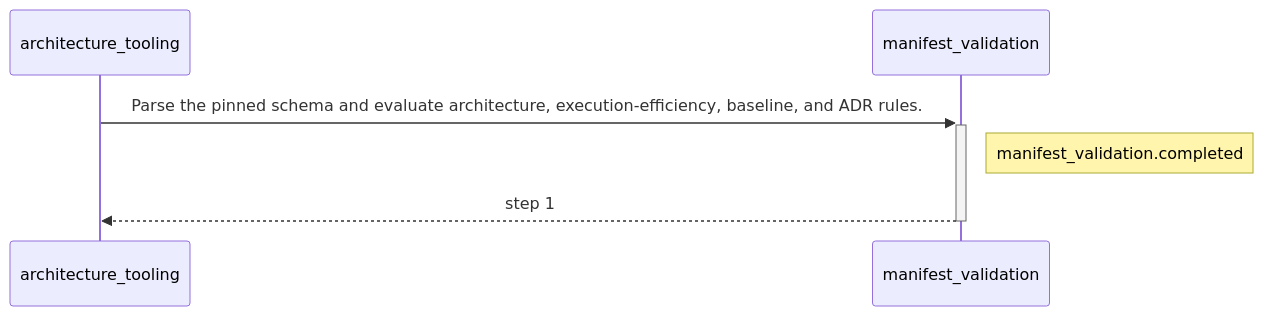
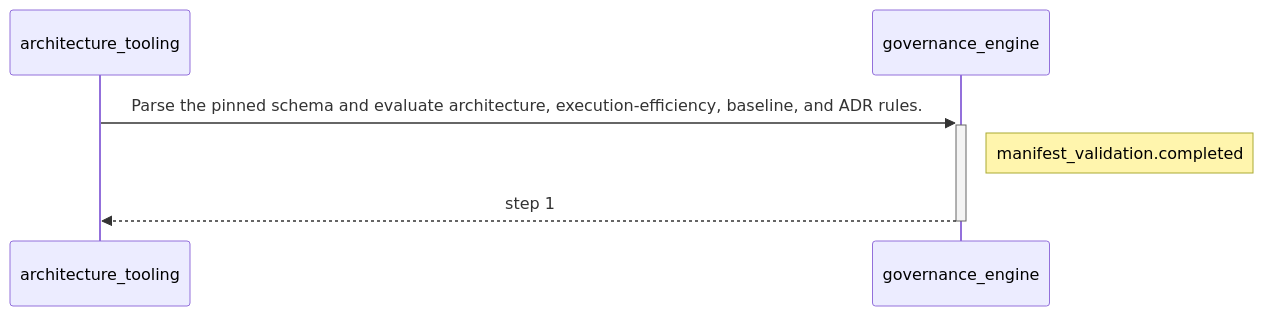
Before and after one commit to ShinWeiPeng/skills: the second of 2 diagrams in plugins/governed-engineering-skills/skills/govern-modular-event-architecture/architecture/generated/architecture_tooling.md, drawn with Mermaid. The commit also changed other lines of this file and 117 other files, not shown here.

````diff
--- a/plugins/governed-engineering-skills/skills/govern-modular-event-architecture/architecture/generated/architecture_tooling.md
+++ b/plugins/governed-engineering-skills/skills/govern-modular-event-architecture/architecture/generated/architecture_tooling.md
@@ -148,8 +91,8 @@
 ```mermaid
 sequenceDiagram
     participant n_architecture_tooling as architecture_tooling
-    participant n_manifest_validation as manifest_validation
-    n_architecture_tooling->>+n_manifest_validation: Parse the pinned schema and evaluate architecture, execution-efficiency, baseline, and ADR rules.
-    Note right of n_manifest_validation: manifest_validation.completed
-    n_manifest_validation-->>-n_architecture_tooling: step 1
+    participant n_governance_engine as governance_engine
+    n_architecture_tooling->>+n_governance_engine: Parse the pinned schema and evaluate architecture, execution-efficiency, baseline, and ADR rules.
+    Note right of n_governance_engine: manifest_validation.completed
+    n_governance_engine-->>-n_architecture_tooling: step 1
 ```
````
